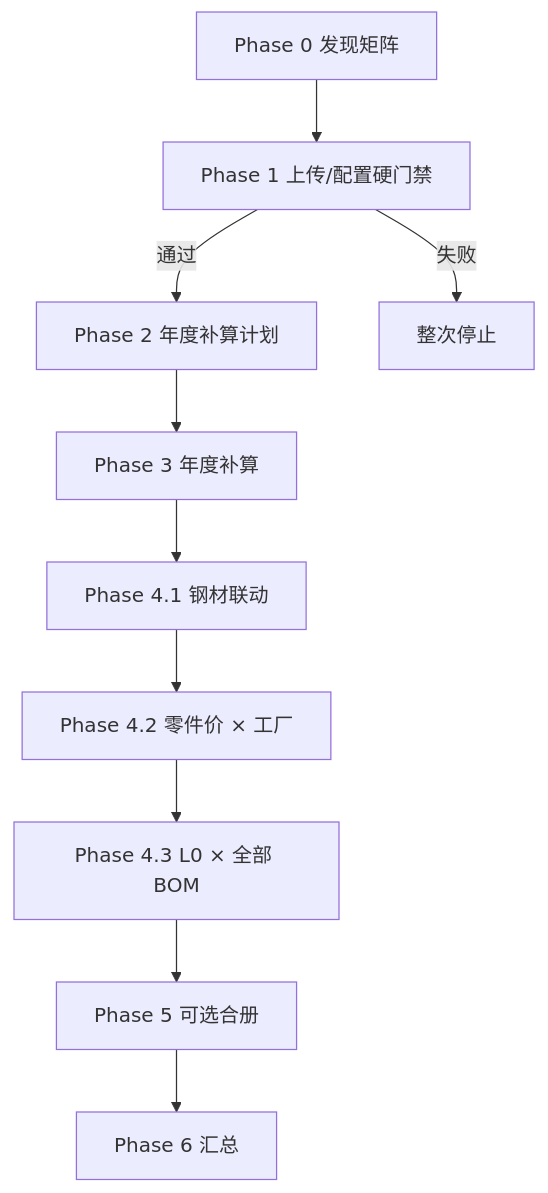
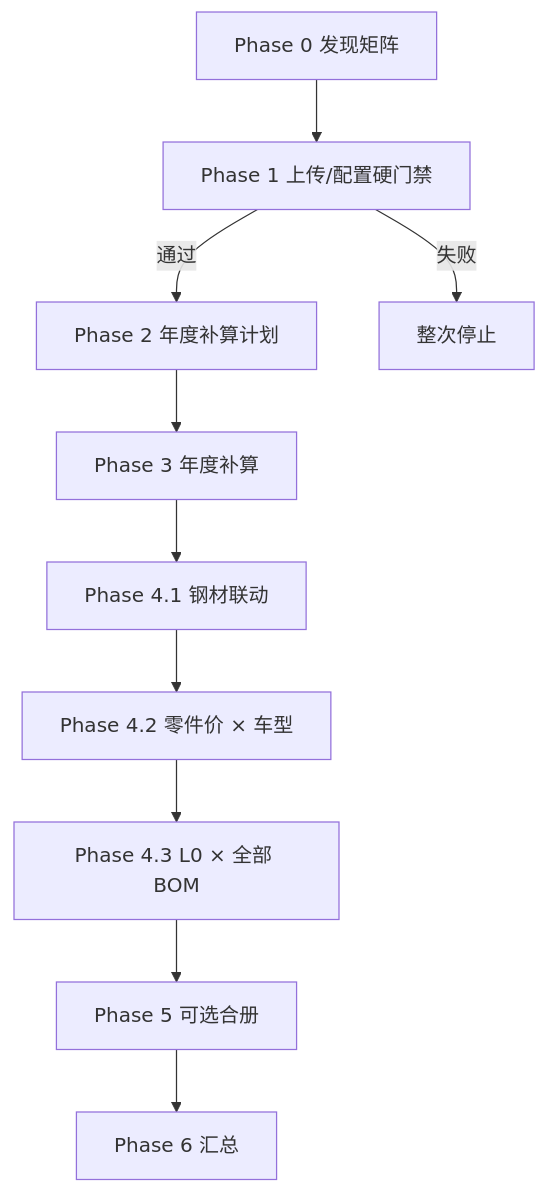
Before and after one commit to pulinzhang/structure-costing-platform: the diagram in docs/costing/costing-engine-design.md, drawn with Mermaid. The commit also changed other lines of this file and 94 other files, not shown here.

````diff
--- a/docs/costing/costing-engine-design.md
+++ b/docs/costing/costing-engine-design.md
@@ -228,16 +228,16 @@
 ```mermaid
 flowchart TB
     P0[Phase 0 发现矩阵]
     P1[Phase 1 上传/配置硬门禁]
     P2[Phase 2 年度补算计划]
     P3[Phase 3 年度补算]
     P4a[Phase 4.1 钢材联动]
-    P4b[Phase 4.2 零件价 × 工厂]
+    P4b[Phase 4.2 零件价 × 车型]
     P4c[Phase 4.3 L0 × 全部 BOM]
     P5[Phase 5 可选合册]
     P6[Phase 6 汇总]
 
     P0 --> P1
     P1 -->|失败| STOP[整次停止]
     P1 -->|通过| P2 --> P3 --> P4a --> P4b --> P4c --> P5 --> P6
 ```
````
